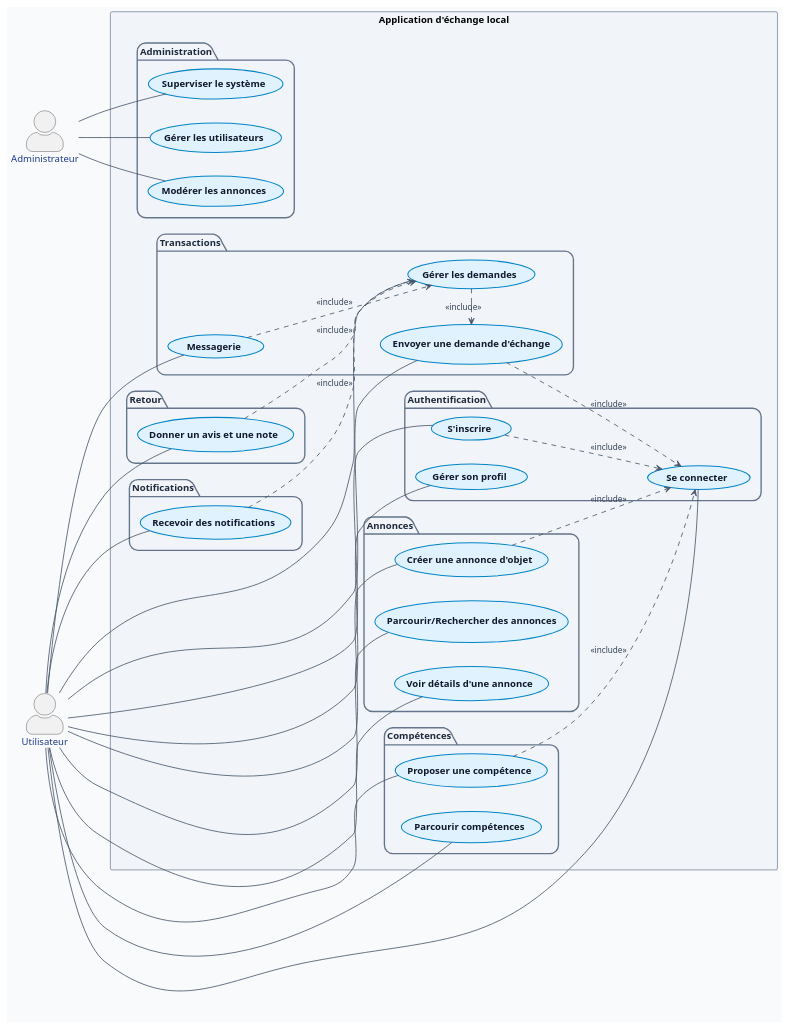
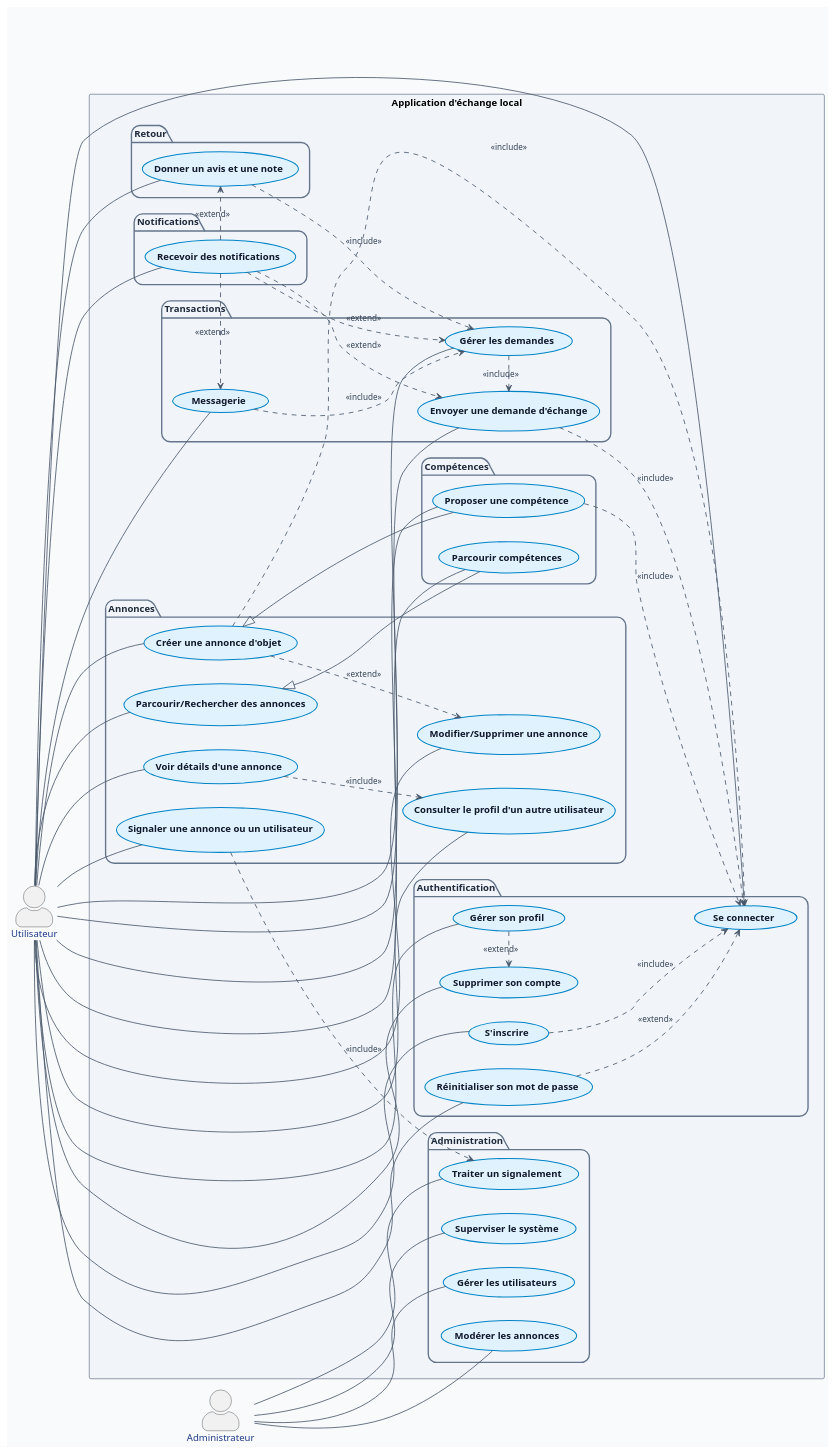
One commit to Dibeo/projet-gl-m1-ti-2025 changed the diagram in SDLC/UML/Cas d'utilisations.md. Above: the diagram before and after it, drawn with PlantUML. The commit also changed 4 other files, not shown here.

Commit message:
update : use case & class diagram for serveur

```diff
--- a/SDLC/UML/Cas d'utilisations.md
+++ b/SDLC/UML/Cas d'utilisations.md
@@ -50,12 +50,17 @@
     Utilisateur -- (S'inscrire)
     Utilisateur -- (Se connecter)
     Utilisateur -- (Gérer son profil)
+    Utilisateur -- (Supprimer son compte)
+    Utilisateur -- (Réinitialiser son mot de passe)
   }
 
   package "Annonces" {
     Utilisateur -- (Créer une annonce d'objet)
     Utilisateur -- (Parcourir/Rechercher des annonces)
     Utilisateur -- (Voir détails d'une annonce)
+    Utilisateur -- (Consulter le profil d'un autre utilisateur)
+    Utilisateur -- (Modifier/Supprimer une annonce)
+    Utilisateur -- (Signaler une annonce ou un utilisateur)
   }
 
   package "Compétences" {
@@ -81,6 +86,7 @@
     Admin -- (Gérer les utilisateurs)
     Admin -- (Modérer les annonces)
     Admin -- (Superviser le système)
+    Admin -- (Traiter un signalement)
   }
 }
 
@@ -91,7 +97,17 @@
   (Gérer les demandes) .> (Envoyer une demande d'échange) : <<include>>
   (Messagerie) ..> (Gérer les demandes) : <<include>>
   (Donner un avis et une note) ..> (Gérer les demandes) : <<include>>
-  (Recevoir des notifications) ..> (Gérer les demandes) : <<include>>
+  (Recevoir des notifications) ..> (Gérer les demandes) : <<extend>>
+  (Voir détails d'une annonce) ..> (Consulter le profil d'un autre utilisateur) : <<include>>
+  (Créer une annonce d'objet) ..> (Modifier/Supprimer une annonce) : <<extend>>
+  (Créer une annonce d'objet) <|-- (Proposer une compétence)
+  (Parcourir/Rechercher des annonces) <|-- (Parcourir compétences)
+  (Gérer son profil) .> (Supprimer son compte) : <<extend>>
+  (Signaler une annonce ou un utilisateur) ..> (Traiter un signalement) : <<include>>
+  (Réinitialiser son mot de passe) ..> (Se connecter) : <<extend>>
+  (Recevoir des notifications) .> (Envoyer une demande d'échange) : <<extend>>
+  (Recevoir des notifications) .> (Messagerie) : <<extend>>
+  (Recevoir des notifications) .> (Donner un avis et une note) : <<extend>>
 
 
 @enduml
```
